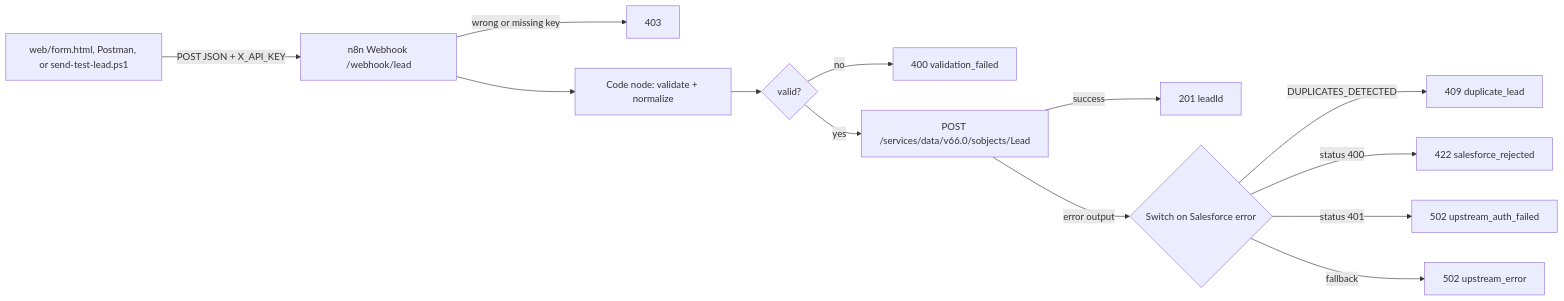
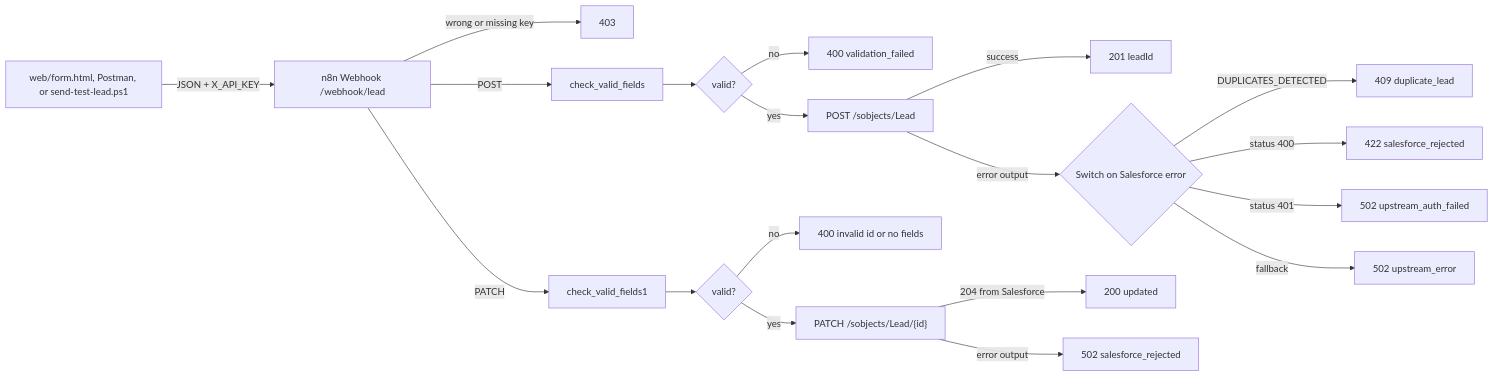
One commit to Param2596/sales-automation-n8n-ai changed the diagram in README.md. Above: the diagram before and after it, drawn with Mermaid. The commit also changed other lines of this file and 6 other files, not shown here.

````diff
--- a/README.md
+++ b/README.md
@@ -17,15 +35,21 @@
 ```mermaid
 flowchart LR
-  A[web/form.html, Postman, or send-test-lead.ps1] -->|POST JSON + X_API_KEY| B[n8n Webhook /webhook/lead]
+  A[web/form.html, Postman, or send-test-lead.ps1] -->|JSON + X_API_KEY| B[n8n Webhook /webhook/lead]
   B -->|wrong or missing key| X[403]
-  B --> C[Code node: validate + normalize]
+  B -->|POST| C[check_valid_fields]
   C --> D{valid?}
   D -->|no| E[400 validation_failed]
-  D -->|yes| F["POST /services/data/v66.0/sobjects/Lead"]
+  D -->|yes| F["POST /sobjects/Lead"]
   F -->|success| G[201 leadId]
   F -->|error output| S{Switch on Salesforce error}
   S -->|DUPLICATES_DETECTED| H[409 duplicate_lead]
   S -->|status 400| I[422 salesforce_rejected]
   S -->|status 401| J[502 upstream_auth_failed]
   S -->|fallback| K[502 upstream_error]
+  B -->|PATCH| P[check_valid_fields1]
+  P --> Q{valid?}
+  Q -->|no| R[400 invalid id or no fields]
+  Q -->|yes| T["PATCH /sobjects/Lead/{id}"]
+  T -->|204 from Salesforce| U[200 updated]
+  T -->|error output| V[502 salesforce_rejected]
 ```
````
